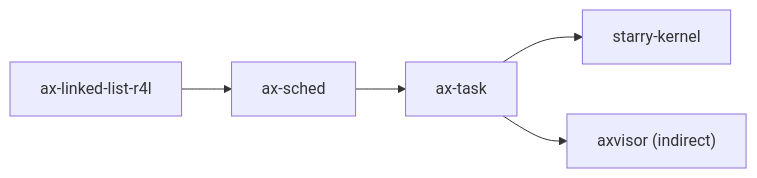
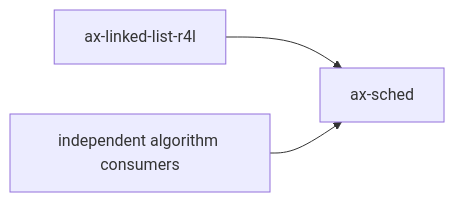
Before and after one commit to rcore-os/tgoskits: the diagram in docs/docs/components/crates/ax-sched.md, drawn with Mermaid. The commit also changed other lines of this file and 333 other files, not shown here.

````diff
--- a/docs/docs/components/crates/ax-sched.md
+++ b/docs/docs/components/crates/ax-sched.md
@@ -65,7 +64,5 @@
 ```mermaid
 graph LR
     linked_list["ax-linked-list-r4l"] --> axsched["ax-sched"]
-    axsched --> ax-task["ax-task"]
-    ax-task --> starry["starry-kernel"]
-    ax-task --> axvisor["axvisor (indirect)"]
+    consumers["independent algorithm consumers"] --> axsched["ax-sched"]
 ```
````
